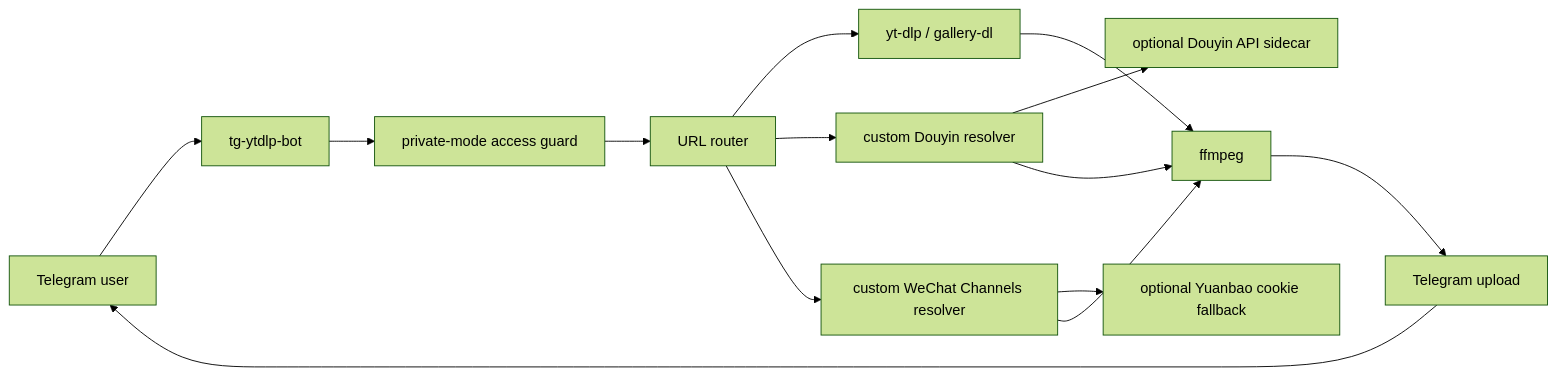
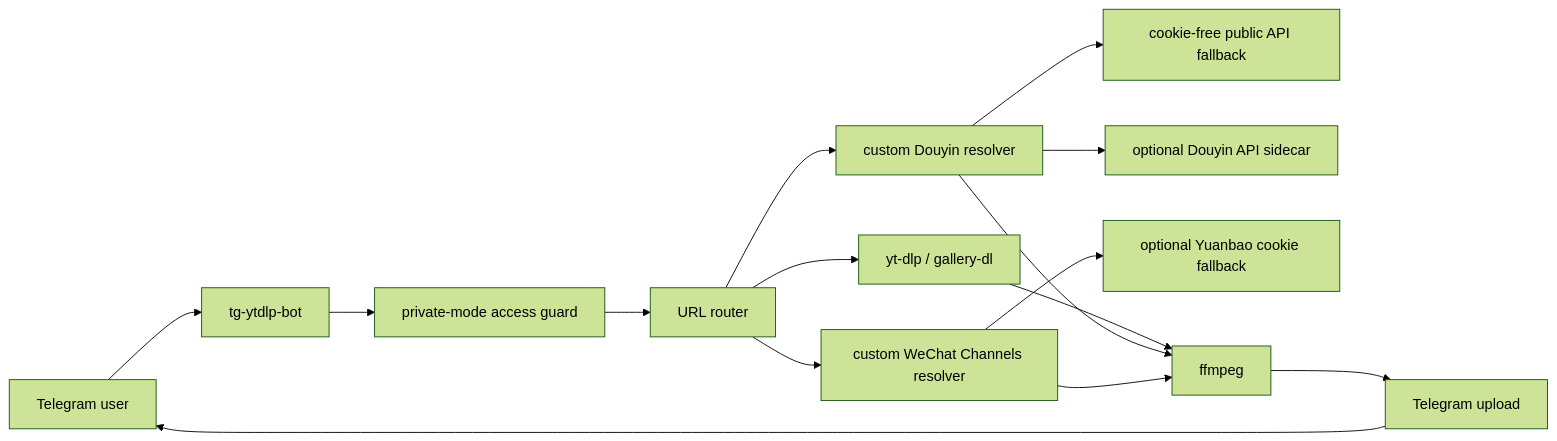
The diagram in docs/ARCHITECTURE.md (smthdagg/ALL-VideoDownload-Plus), drawn with Mermaid (forest theme) before and after one commit. The commit also changed other lines of this file and 8 other files, not shown here.

Commit message:
feat: add cookie-free Douyin fallback

````diff
--- a/docs/ARCHITECTURE.md
+++ b/docs/ARCHITECTURE.md
@@ -11,16 +11,17 @@
 ```mermaid
 flowchart LR
     user["Telegram user"] --> bot["tg-ytdlp-bot"]
     bot --> guard["private-mode access guard"]
     guard --> router["URL router"]
     router --> ytdlp["yt-dlp / gallery-dl"]
     router --> douyin["custom Douyin resolver"]
     router --> wx["custom WeChat Channels resolver"]
+    douyin --> public["cookie-free public API fallback"]
     douyin --> sidecar["optional Douyin API sidecar"]
     wx --> yuanbao["optional Yuanbao cookie fallback"]
     ytdlp --> ffmpeg["ffmpeg"]
     douyin --> ffmpeg
     wx --> ffmpeg
     ffmpeg --> upload["Telegram upload"]
     upload --> user
 ```
````
